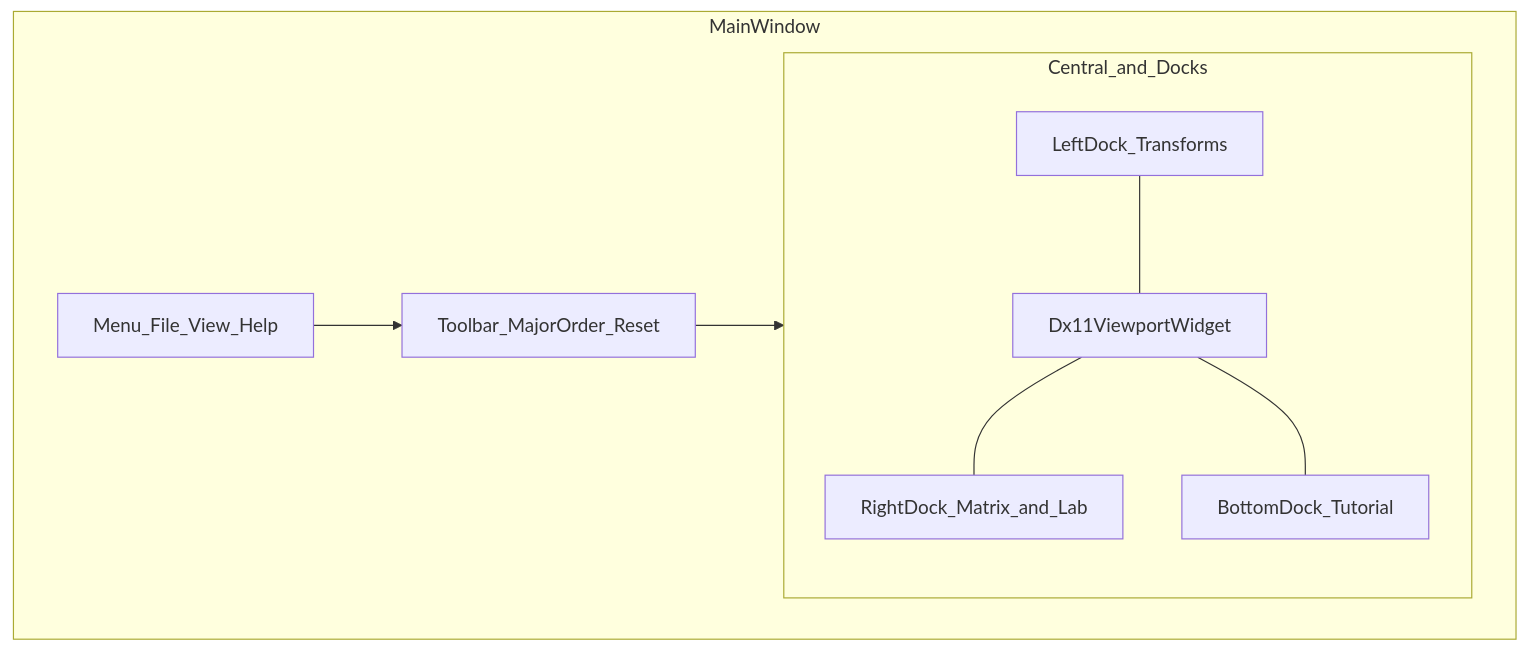
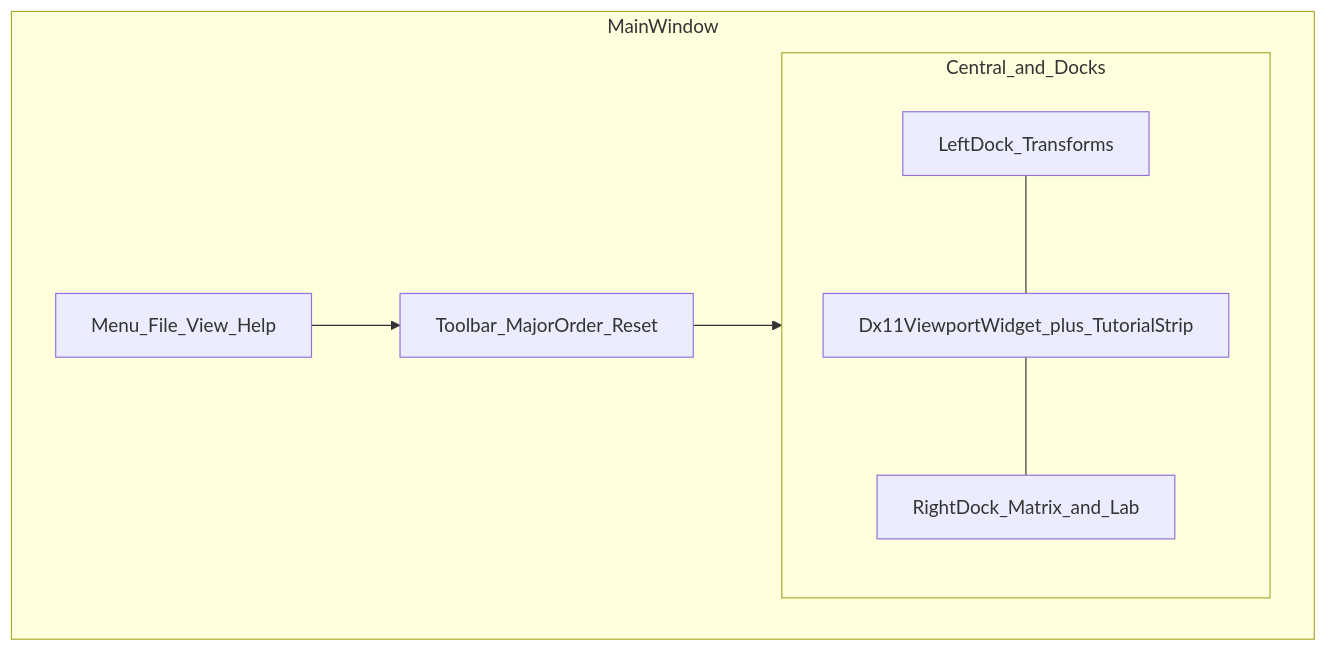
One commit to LoveCicada/3DEditMax changed the diagram in docs/ui/01-lab-shell-layout.md. Above: the diagram before and after it, drawn with Mermaid. The commit also changed other lines of this file and 1 other file, not shown here.

````diff
--- a/docs/ui/01-lab-shell-layout.md
+++ b/docs/ui/01-lab-shell-layout.md
@@ -7,16 +7,14 @@
 ```mermaid
 flowchart TB
   subgraph window [MainWindow]
     menu[Menu_File_View_Help]
     toolbar[Toolbar_MajorOrder_Reset]
     subgraph body [Central_and_Docks]
       left[LeftDock_Transforms]
-      center[Dx11ViewportWidget]
+      center[Dx11ViewportWidget_plus_TutorialStrip]
       right[RightDock_Matrix_and_Lab]
-      bottom[BottomDock_Tutorial]
     end
   end
   menu --> toolbar --> body
   left --- center --- right
-  center --- bottom
 ```
````
